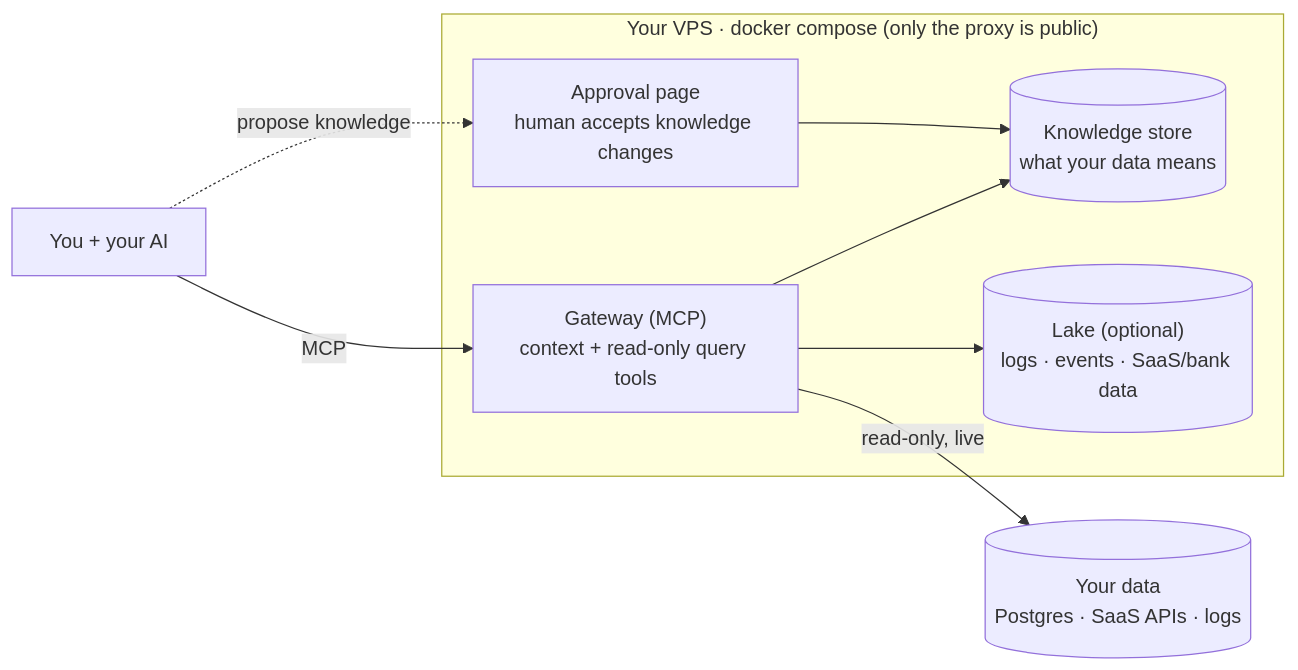
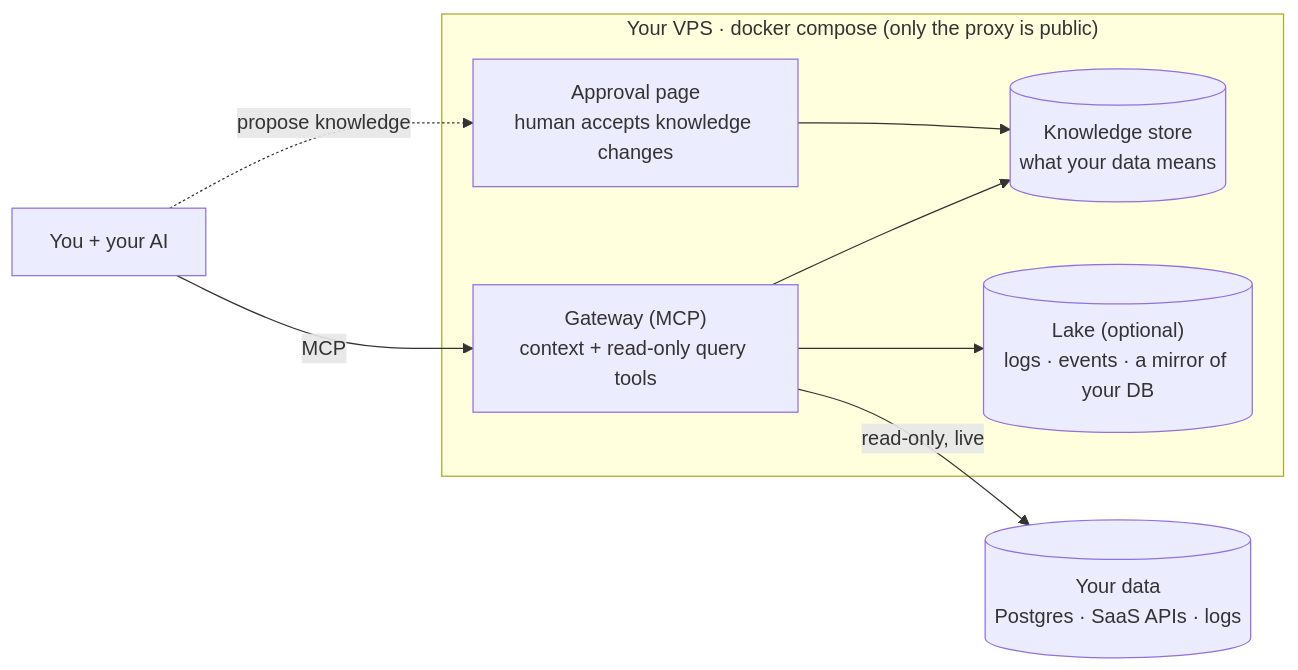
Before and after one commit to Hedgy-Labs/setoku: the diagram in README.md, drawn with Mermaid. The commit also changed other lines of this file and 10 other files, not shown here.

````diff
--- a/README.md
+++ b/README.md
@@ -123,20 +123,20 @@
 ```mermaid
 flowchart LR
     A["You + your AI"]
 
     subgraph box["Your VPS · docker compose (only the proxy is public)"]
         GW["Gateway (MCP)<br/>context + read-only query tools"]
         K[("Knowledge store<br/>what your data means")]
-        LAKE[("Lake (optional)<br/>logs · events · SaaS/bank data")]
+        LAKE[("Lake (optional)<br/>logs · events · a mirror of your DB")]
         ADMIN["Approval page<br/>human accepts knowledge changes"]
     end
 
     DATA[("Your data<br/>Postgres · SaaS APIs · logs")]
 
     A -- "MCP" --> GW
     GW --> K
     GW -- "read-only, live" --> DATA
     GW --> LAKE
     A -. "propose knowledge" .-> ADMIN
     ADMIN --> K
 ```
````
